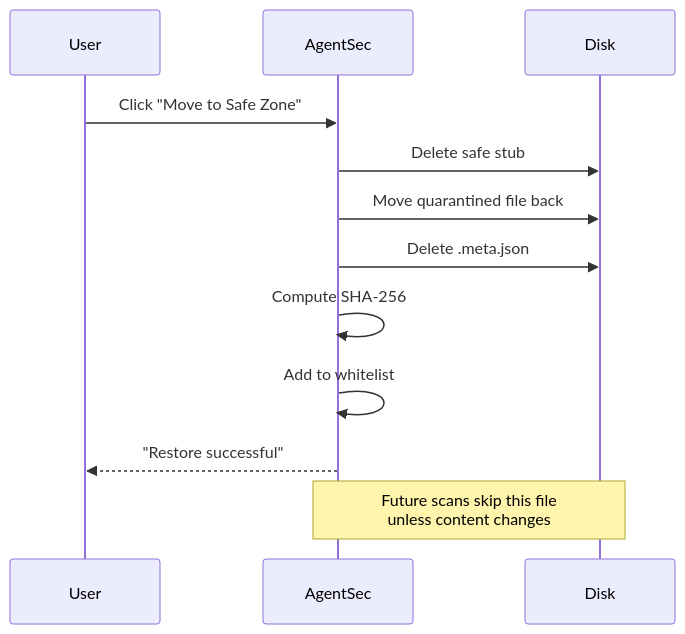
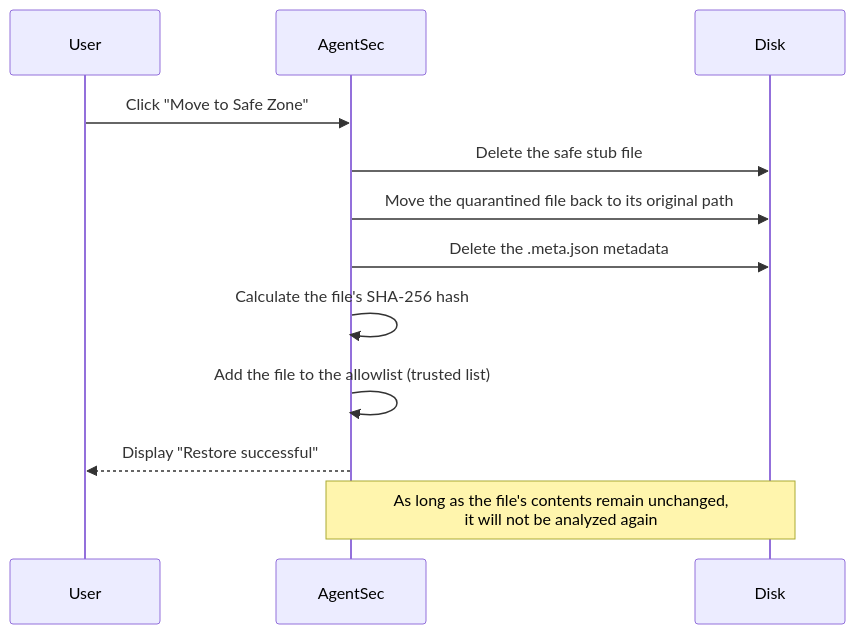
Before and after one commit to PolyUxAISecurity/AgentSec-UserDoc: the second of 2 diagrams in EN/06-sandbox.md, drawn with Mermaid. The commit also changed other lines of this file and 175 other files, not shown here.

````diff
--- a/EN/06-sandbox.md
+++ b/EN/06-sandbox.md
@@ -111,16 +127,16 @@
 ```mermaid
 sequenceDiagram
     participant User
     participant AgentSec
     participant Disk
     
     User->>AgentSec: Click "Move to Safe Zone"
-    AgentSec->>Disk: Delete safe stub
-    AgentSec->>Disk: Move quarantined file back
-    AgentSec->>Disk: Delete .meta.json
-    AgentSec->>AgentSec: Compute SHA-256
-    AgentSec->>AgentSec: Add to whitelist
-    AgentSec-->>User: "Restore successful"
+    AgentSec->>Disk: Delete the safe stub file
+    AgentSec->>Disk: Move the quarantined file back to its original path
+    AgentSec->>Disk: Delete the .meta.json metadata
+    AgentSec->>AgentSec: Calculate the file's SHA-256 hash
+    AgentSec->>AgentSec: Add the file to the allowlist (trusted list)
+    AgentSec-->>User: Display "Restore successful"
     
-    Note over AgentSec,Disk: Future scans skip this file<br/>unless content changes
+    Note over AgentSec,Disk: As long as the file's contents remain unchanged,<br/>it will not be analyzed again
 ```
````
